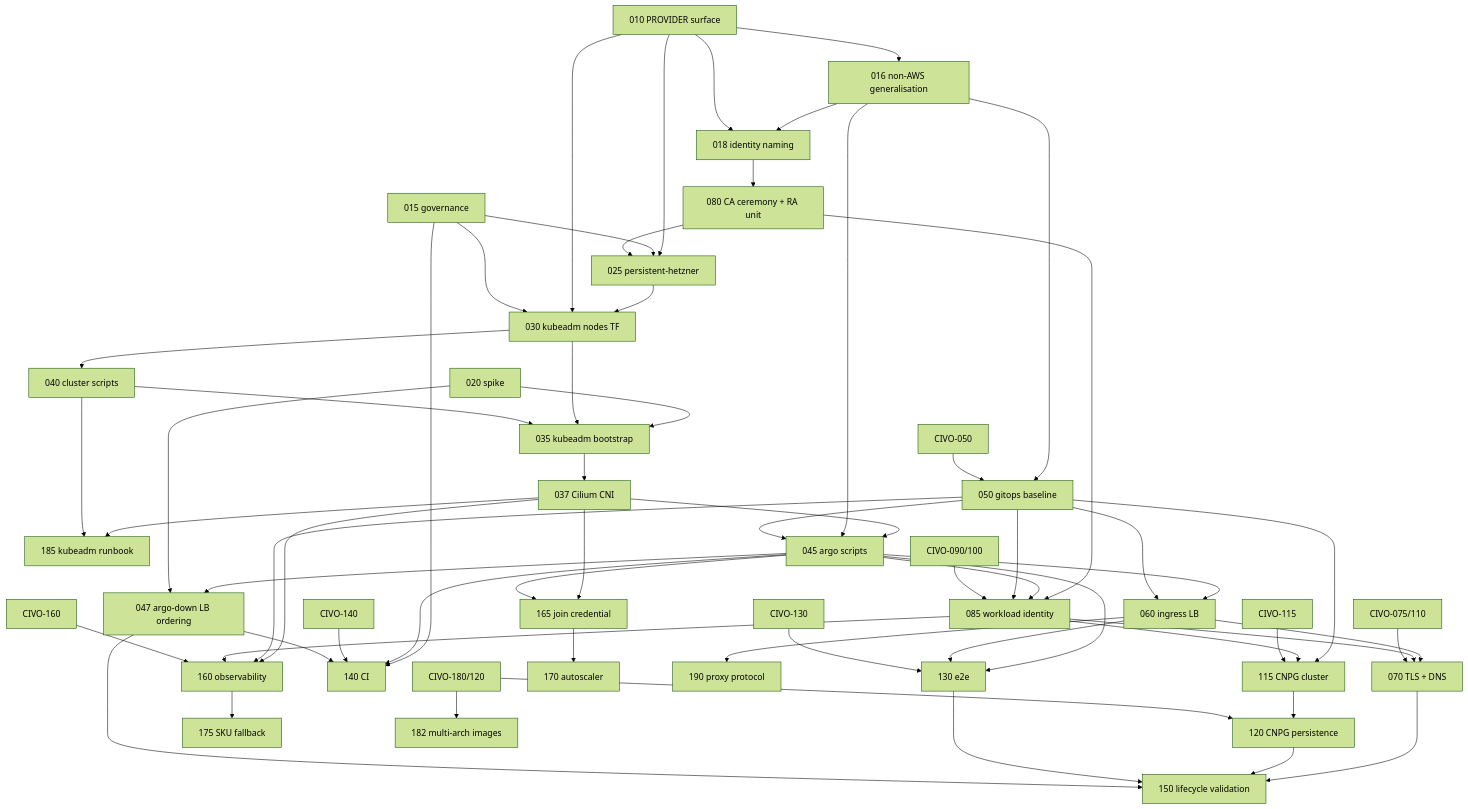
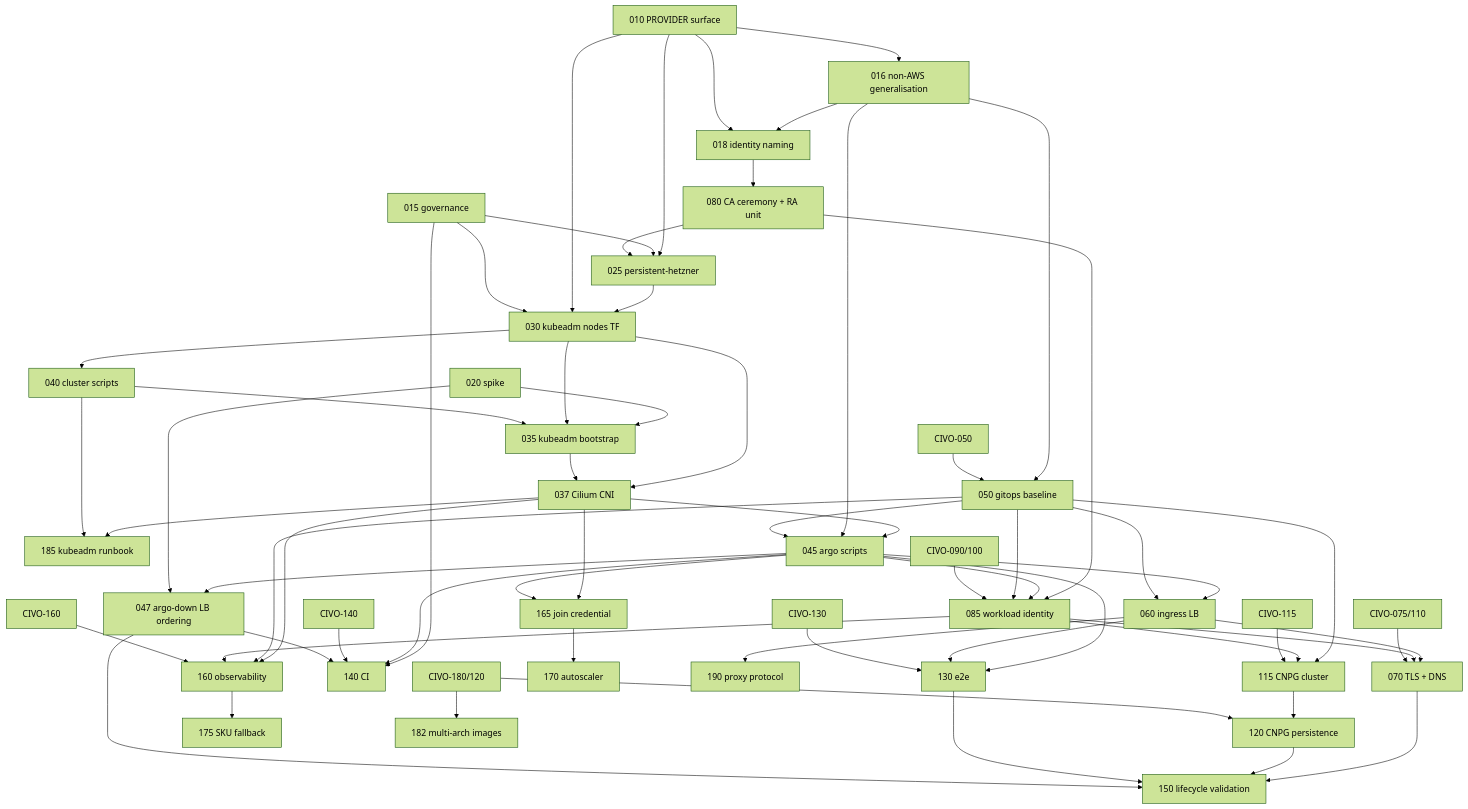
One commit to savak1990/vk-lab-platform changed the diagram in specs/hetzner/roadmap.md. Above: the diagram before and after it, drawn with Mermaid (forest theme). The commit also changed other lines of this file and 18 other files, not shown here.

````diff
--- a/specs/hetzner/roadmap.md
+++ b/specs/hetzner/roadmap.md
@@ -13,62 +13,63 @@
 ```mermaid
 flowchart TD
   010[010 PROVIDER surface] --> 016[016 non-AWS generalisation]
   016 --> 018[018 identity naming]
   010 --> 018
   010 --> 025[025 persistent-hetzner]
   015[015 governance] --> 025
   015 --> 140[140 CI]
   020[020 spike] --> 035[035 kubeadm bootstrap]
   025 --> 030[030 kubeadm nodes TF]
   010 --> 030
   015 --> 030
   030 --> 040[040 cluster scripts]
   030 --> 035
   040 --> 035
-  035 --> 037[037 Cilium CNI]
+  030 --> 037[037 Cilium CNI]
+  035 --> 037
   037 --> 045[045 argo scripts]
   016 --> 045
   050[050 gitops baseline] --> 045
   016 --> 050
   C050[CIVO-050] --> 050
   045 --> 060[060 ingress LB]
   050 --> 060
   045 --> 047[047 argo-down LB ordering]
   020 --> 047
   018 --> 080[080 CA ceremony + RA unit]
   080 --> 025
   080 --> 085[085 workload identity]
   045 --> 085
   050 --> 085
   C090[CIVO-090/100] --> 085
   060 --> 070[070 TLS + DNS]
   085 --> 070
   C075[CIVO-075/110] --> 070
   050 --> 115[115 CNPG cluster]
   085 --> 115
   C115[CIVO-115] --> 115
   115 --> 120[120 CNPG persistence]
   C180[CIVO-180/120] --> 120
   C180 --> 182[182 multi-arch images]
   045 --> 130[130 e2e]
   060 --> 130
   C130[CIVO-130] --> 130
   045 --> 140
   C140[CIVO-140] --> 140
   037 --> 160[160 observability]
   050 --> 160
   085 --> 160
   C160[CIVO-160] --> 160
   070 --> 150[150 lifecycle validation]
   120 --> 150
   130 --> 150
   047 --> 150
   047 --> 140
   037 --> 165[165 join credential]
   045 --> 165
   165 --> 170[170 autoscaler]
   037 --> 185[185 kubeadm runbook]
   040 --> 185
   160 --> 175[175 SKU fallback]
   060 --> 190[190 proxy protocol]
 ```
````
